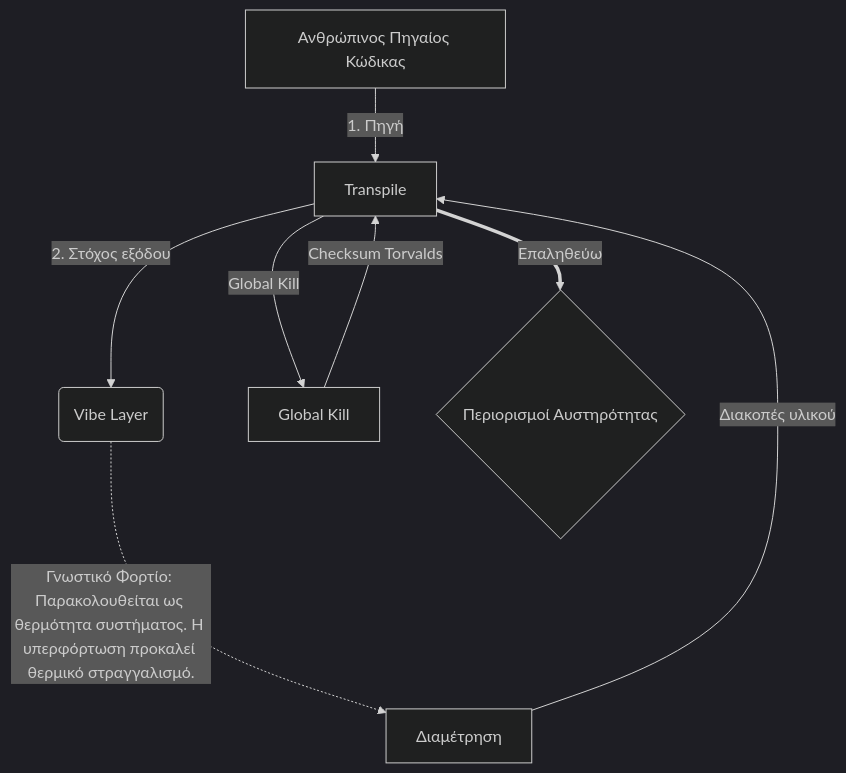
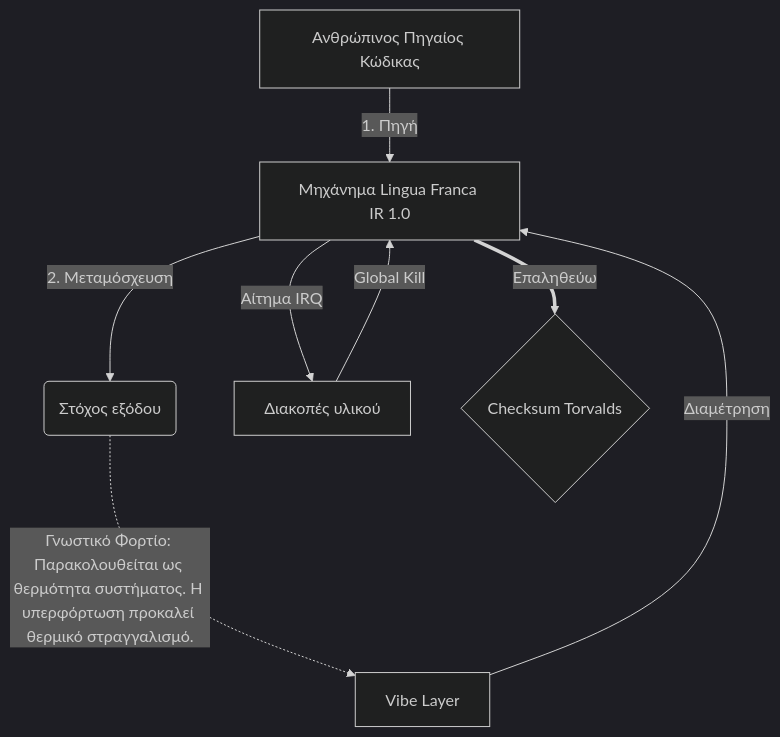
The diagram in README.hacker.el.md (0compute/machine), drawn with Mermaid (dark theme) before and after one commit. The commit also changed other lines of this file and 103 other files, not shown here.

````diff
--- a/README.hacker.el.md
+++ b/README.hacker.el.md
@@ -93,10 +93,10 @@
 ```mermaid
 graph TD
-    A[Ανθρώπινος Πηγαίος Κώδικας] -->|1. Πηγή| B[Transpile]
-    B -->|2. Στόχος εξόδου| C(Vibe Layer)
-    C -.->|Γνωστικό Φορτίο: Παρακολουθείται ως θερμότητα συστήματος. Η υπερφόρτωση προκαλεί θερμικό στραγγαλισμό.| G[Διαμέτρηση]
-    G -->|Διακοπές υλικού| B
-    B -->|Global Kill| H[Global Kill]
-    H -->|Checksum Torvalds| B
-    B == Επαληθεύω ==> I{Περιορισμοί Αυστηρότητας}
+    A[Ανθρώπινος Πηγαίος Κώδικας] -->|1. Πηγή| B[Μηχάνημα Lingua Franca IR 1.0]
+    B -->|2. Μεταμόσχευση| C(Στόχος εξόδου)
+    C -.->|Γνωστικό Φορτίο: Παρακολουθείται ως θερμότητα συστήματος. Η υπερφόρτωση προκαλεί θερμικό στραγγαλισμό.| G[Vibe Layer]
+    G -->|Διαμέτρηση| B
+    B -->|Αίτημα IRQ| H[Διακοπές υλικού]
+    H -->|Global Kill| B
+    B == Επαληθεύω ==> I{Checksum Torvalds}
 ```
````
